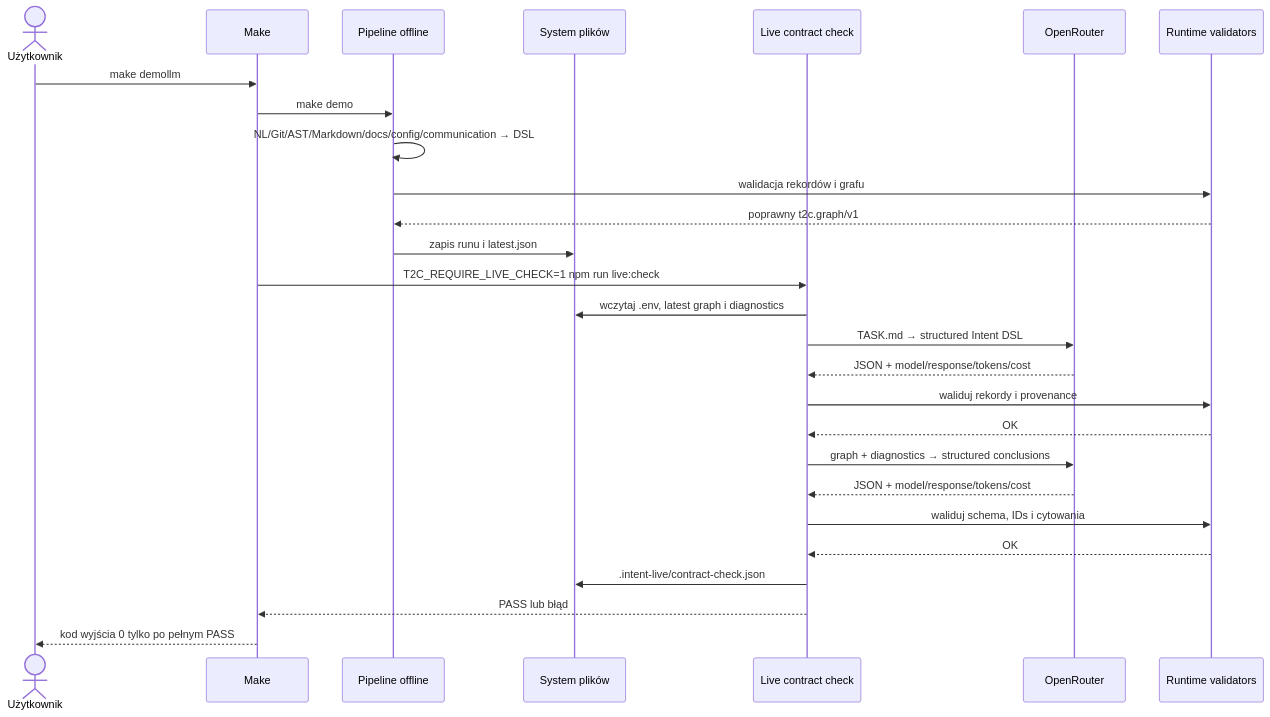
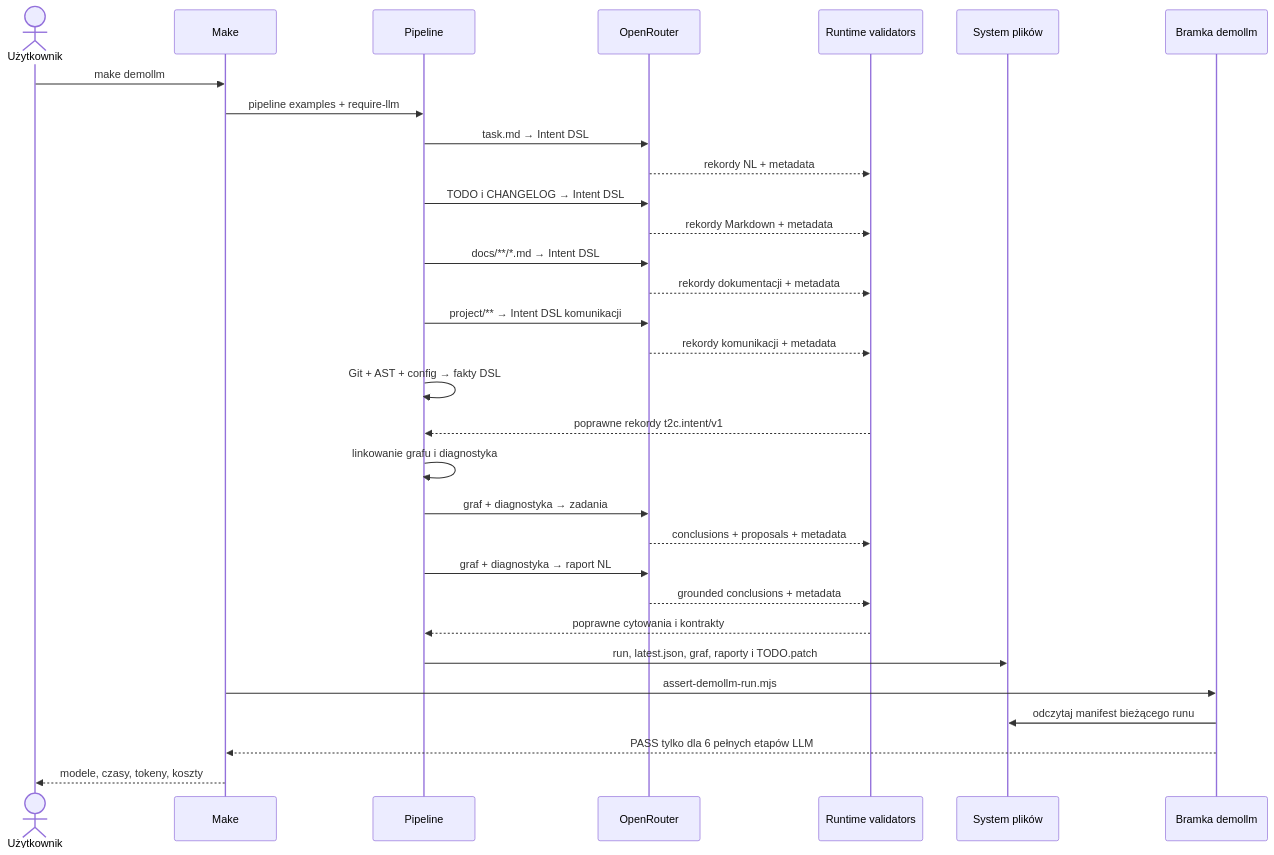
The second of 2 diagrams in docs/DEMOLLM.md (autogrammar/todo2code), drawn with Mermaid before and after one commit. The commit also changed other lines of this file and 13 other files, not shown here.

Commit message:
fix: run full LLM demo without fallback

````diff
--- a/docs/DEMOLLM.md
+++ b/docs/DEMOLLM.md
@@ -55,30 +76,34 @@
 ```mermaid
 sequenceDiagram
     actor U as Użytkownik
     participant M as Make
-    participant P as Pipeline offline
-    participant F as System plików
-    participant L as Live contract check
+    participant P as Pipeline
     participant O as OpenRouter
     participant V as Runtime validators
+    participant F as System plików
+    participant G as Bramka demollm
 
     U->>M: make demollm
-    M->>P: make demo
-    P->>P: NL/Git/AST/Markdown/docs/config/communication → DSL
-    P->>V: walidacja rekordów i grafu
-    V-->>P: poprawny t2c.graph/v1
-    P->>F: zapis runu i latest.json
-    M->>L: T2C_REQUIRE_LIVE_CHECK=1 npm run live:check
-    L->>F: wczytaj .env, latest graph i diagnostics
-    L->>O: TASK.md → structured Intent DSL
-    O-->>L: JSON + model/response/tokens/cost
-    L->>V: waliduj rekordy i provenance
-    V-->>L: OK
-    L->>O: graph + diagnostics → structured conclusions
-    O-->>L: JSON + model/response/tokens/cost
-    L->>V: waliduj schema, IDs i cytowania
-    V-->>L: OK
-    L->>F: .intent-live/contract-check.json
-    L-->>M: PASS lub błąd
-    M-->>U: kod wyjścia 0 tylko po pełnym PASS
+    M->>P: pipeline examples + require-llm
+    P->>O: task.md → Intent DSL
+    O-->>V: rekordy NL + metadata
+    P->>O: TODO i CHANGELOG → Intent DSL
+    O-->>V: rekordy Markdown + metadata
+    P->>O: docs/**/*.md → Intent DSL
+    O-->>V: rekordy dokumentacji + metadata
+    P->>O: project/** → Intent DSL komunikacji
+    O-->>V: rekordy komunikacji + metadata
+    P->>P: Git + AST + config → fakty DSL
+    V-->>P: poprawne rekordy t2c.intent/v1
+    P->>P: linkowanie grafu i diagnostyka
+    P->>O: graf + diagnostyka → zadania
+    O-->>V: conclusions + proposals + metadata
+    P->>O: graf + diagnostyka → raport NL
+    O-->>V: grounded conclusions + metadata
+    V-->>P: poprawne cytowania i kontrakty
+    P->>F: run, latest.json, graf, raporty i TODO.patch
+    M->>G: assert-demollm-run.mjs
+    G->>F: odczytaj manifest bieżącego runu
+    G-->>M: PASS tylko dla 6 pełnych etapów LLM
+    M-->>U: modele, czasy, tokeny, koszty
 ```
````
